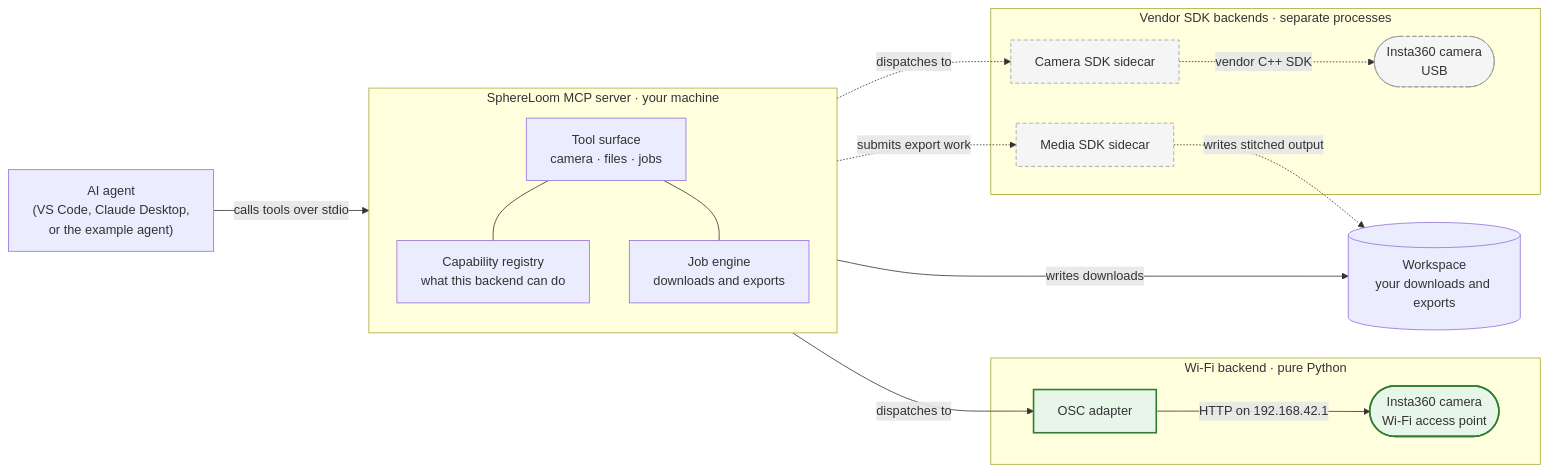
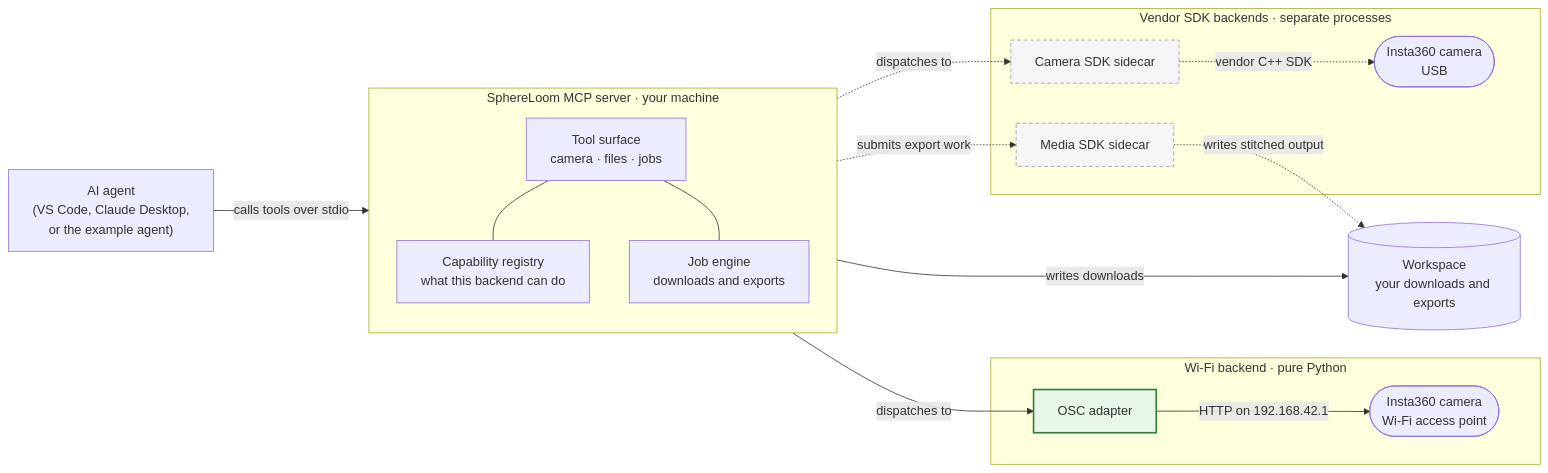
Before and after one commit to jluqueba/sphereloom: the diagram in docs/assets/architecture.mmd, drawn with Mermaid. The commit also changed 4 other files, not shown here.

```diff
--- a/docs/assets/architecture.mmd
+++ b/docs/assets/architecture.mmd
@@ -1,38 +1,38 @@
 flowchart LR
     agent["AI agent<br/>(VS Code, Claude Desktop,<br/>or the example agent)"]
 
     subgraph server["SphereLoom MCP server · your machine"]
         direction TB
         tools["Tool surface<br/>camera · files · jobs"]
         caps["Capability registry<br/>what this backend can do"]
         jobs["Job engine<br/>downloads and exports"]
         tools --- caps
         tools --- jobs
     end
 
     subgraph wifi["Wi-Fi backend · pure Python"]
         osc["OSC adapter"]
         cam1(["Insta360 camera<br/>Wi-Fi access point"])
     end
 
     subgraph sdk["Vendor SDK backends · separate processes"]
         sidecar["Camera SDK sidecar"]
         media["Media SDK sidecar"]
         cam2(["Insta360 camera<br/>USB"])
     end
 
     files[("Workspace<br/>your downloads and exports")]
 
     agent -->|"calls tools over stdio"| tools
     tools -->|"dispatches to"| osc
     osc -->|"HTTP on 192.168.42.1"| cam1
     tools -.->|"dispatches to"| sidecar
     sidecar -.->|"vendor C++ SDK"| cam2
     jobs -.->|"submits export work"| media
     media -.->|"writes stitched output"| files
     jobs -->|"writes downloads"| files
 
     classDef inprocess fill:#e8f5e9,stroke:#2e7d32,stroke-width:2px
     classDef sidecar fill:#f5f5f5,stroke:#9e9e9e,stroke-dasharray:5 3
-    class osc,cam1 inprocess
-    class sidecar,media,cam2 sidecar
+    class osc inprocess
+    class sidecar,media sidecar
```
